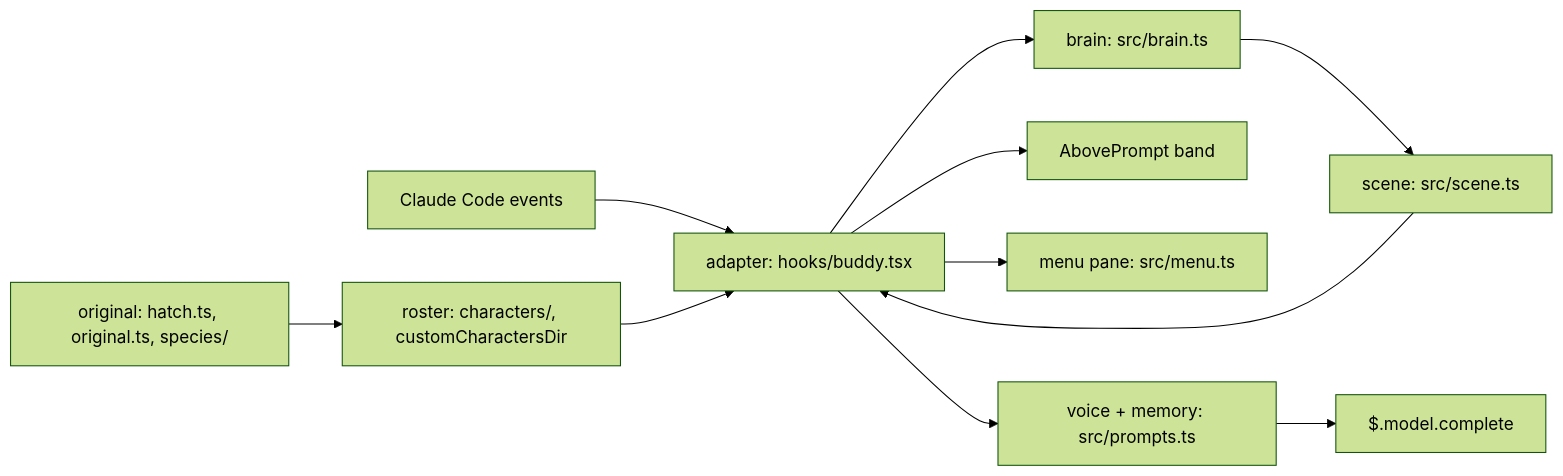
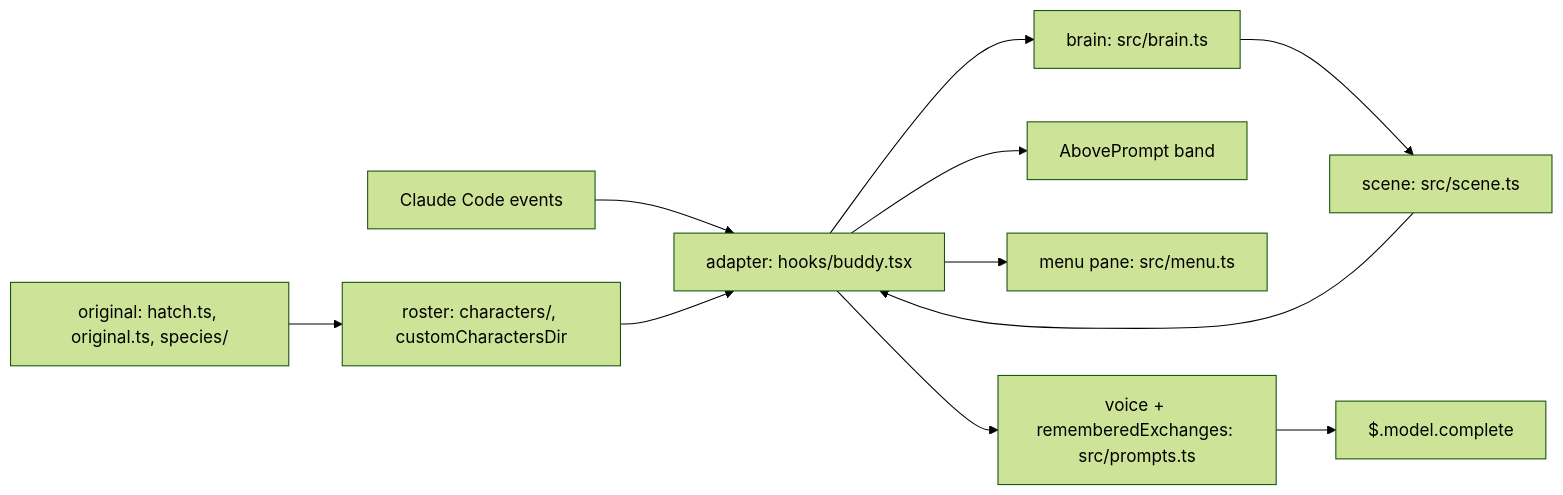
One commit to rezzminator/buddy changed the diagram in docs/design/_index.md. Above: the diagram before and after it, drawn with Mermaid (forest theme). The commit also changed other lines of this file and 39 other files, not shown here.

````diff
--- a/docs/design/_index.md
+++ b/docs/design/_index.md
@@ -25,13 +25,13 @@
 ```mermaid
 flowchart LR
   CC["Claude Code events"] --> A["adapter: hooks/buddy.tsx"]
   A --> B["brain: src/brain.ts"]
   B --> S["scene: src/scene.ts"]
   S --> A
   A --> Band["AbovePrompt band"]
   R["roster: characters/, customCharactersDir"] --> A
   O["original: hatch.ts, original.ts, species/"] --> R
   A --> M["menu pane: src/menu.ts"]
-  A --> V["voice + memory: src/prompts.ts"]
+  A --> V["voice + rememberedExchanges: src/prompts.ts"]
   V --> Model["$.model.complete"]
 ```
````
